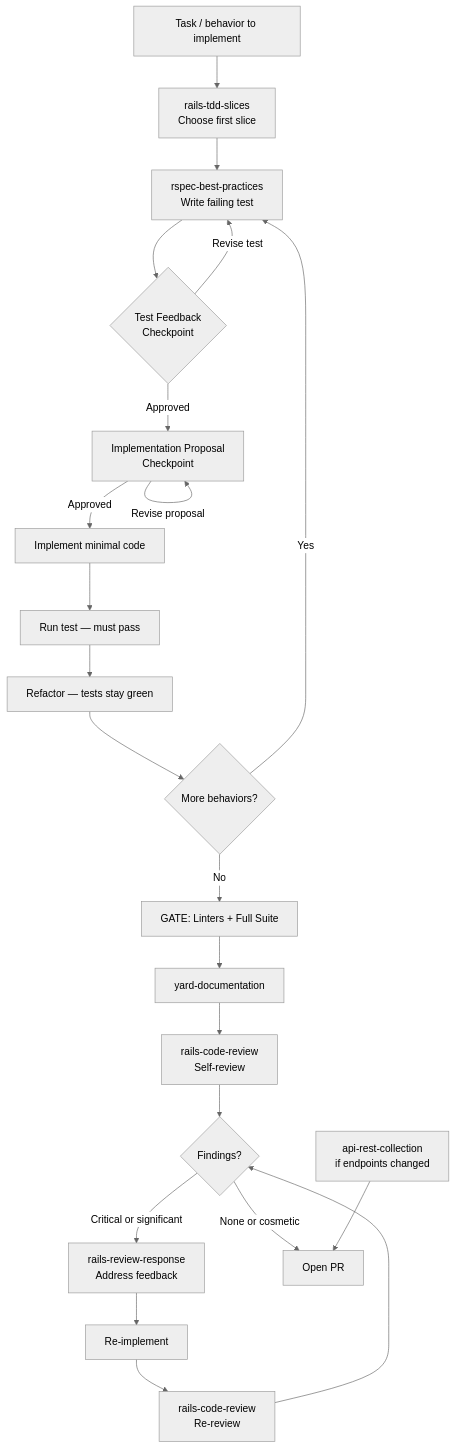
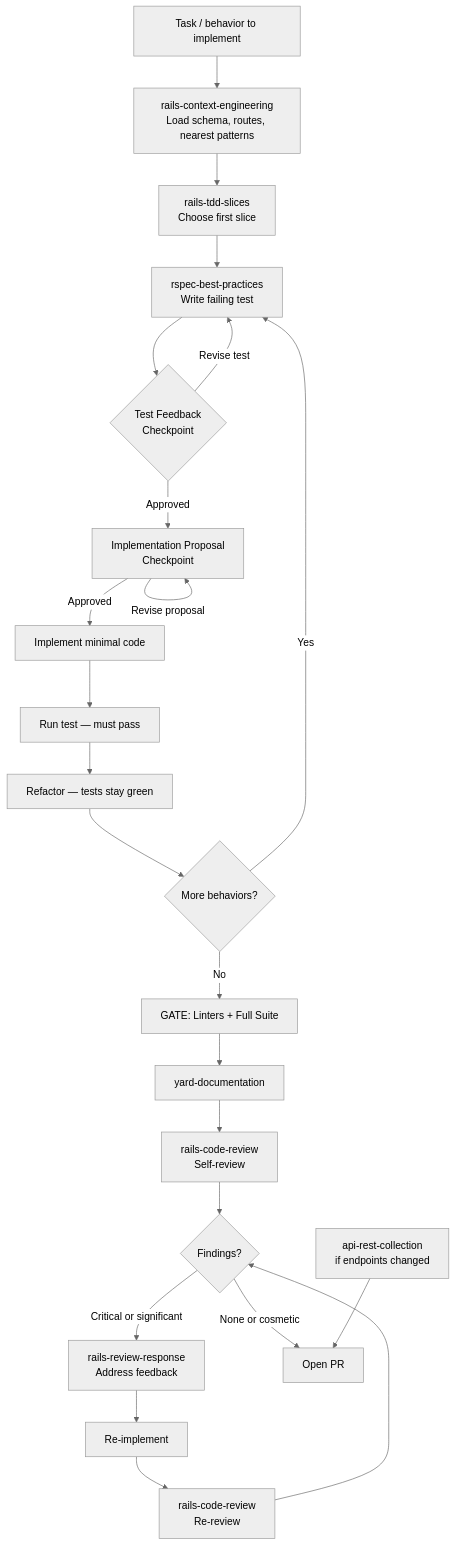
The first of 15 diagrams in docs/workflow-guide.md (igmarin/my-RoR-personal-skills), drawn with Mermaid (neutral theme) before and after one commit. The commit also changed other lines of this file and 12 other files, not shown here.

First line of the commit message:
Feat/agent skills integration and context engineering (#35)

````diff
--- a/docs/workflow-guide.md
+++ b/docs/workflow-guide.md
@@ -153,24 +153,25 @@
 ```mermaid
 flowchart TD
-    A[Task / behavior to implement] --> B[rails-tdd-slices\nChoose first slice]
+    A[Task / behavior to implement] --> CE[rails-context-engineering\nLoad schema, routes, nearest patterns]
+    CE --> B[rails-tdd-slices\nChoose first slice]
     B --> C[rspec-best-practices\nWrite failing test]
     C --> D{Test Feedback\nCheckpoint}
     D -->|Approved| E[Implementation Proposal\nCheckpoint]
     D -->|Revise test| C
     E -->|Approved| F[Implement minimal code]
     E -->|Revise proposal| E
     F --> G[Run test — must pass]
     G --> H[Refactor — tests stay green]
     H --> I{More behaviors?}
     I -->|Yes| C
     I -->|No| J["GATE: Linters + Full Suite"]
     J --> K[yard-documentation]
     K --> L[rails-code-review\nSelf-review]
     L --> M{Findings?}
     M -->|Critical or significant| N[rails-review-response\nAddress feedback]
     N --> O[Re-implement]
     O --> P[rails-code-review\nRe-review]
     P --> M
     M -->|None or cosmetic| Q[Open PR]
     K2[api-rest-collection\nif endpoints changed] --> Q
 ```
````
